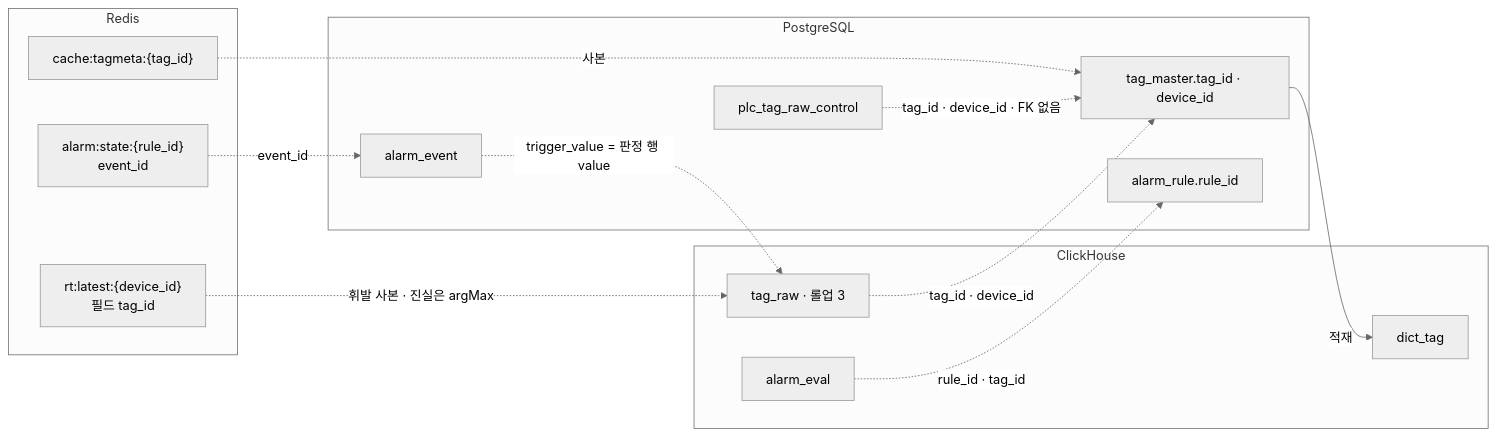
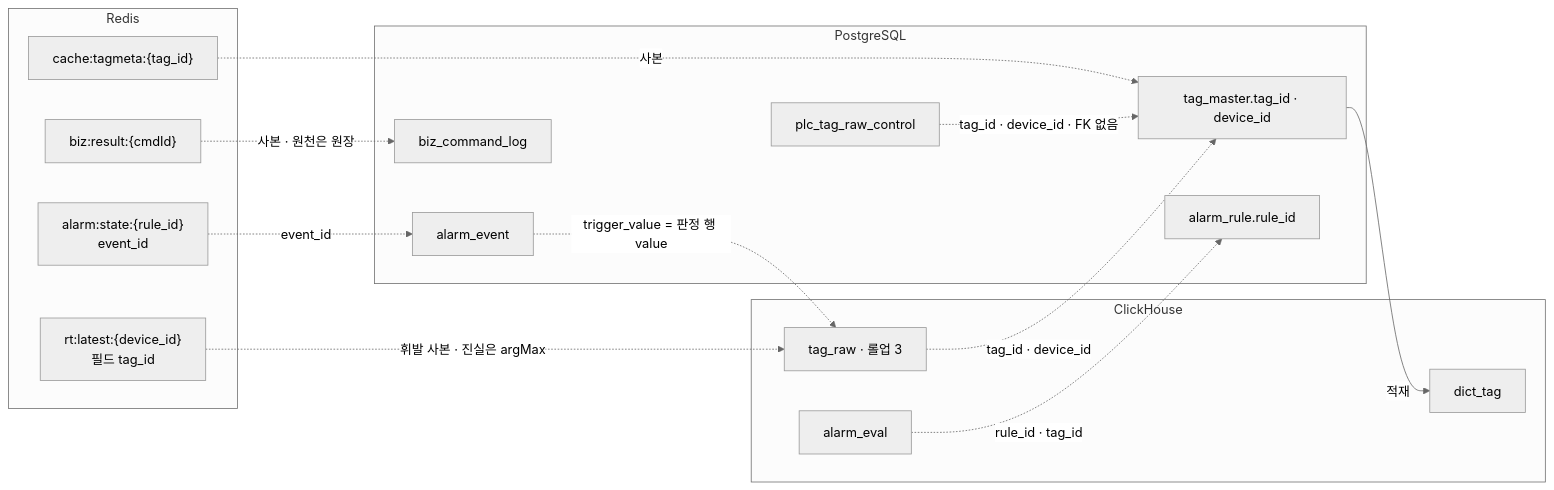
Before and after one commit to jaepil02/db_study: the third of 3 diagrams in docs/05_data_stores/erd.md, drawn with Mermaid (neutral theme). The commit also changed other lines of this file and 62 other files, not shown here.

Commit message:
docs: 업무 쓰기 Redis 경유 + 동기 응답(사용자 결정 2026-09-27) — 명령 스트림 stream:biz:cmd · 단일 소비자 grp:biz-writer(lock:biz:writer) · 멱등 원장 biz_command_log(actor) · 결과 키 · ch:bizreply · 5초 뒤 202 · 명령 조회 표면 · SW-12 BIZ_WRITE_PATH · EXP-46 · ADR-26 · D-04 부분 개정 · 고정 기준 갱신

````diff
--- a/docs/05_data_stores/erd.md
+++ b/docs/05_data_stores/erd.md
@@ -242,28 +255,31 @@
 ```mermaid
 flowchart LR
     subgraph PG["PostgreSQL"]
         TM["tag_master.tag_id · device_id"]
         AR["alarm_rule.rule_id"]
         AEV["alarm_event"]
         CTL["plc_tag_raw_control"]
+        BCL["biz_command_log"]
     end
     subgraph CH["ClickHouse"]
         RAW["tag_raw · 롤업 3"]
         AE["alarm_eval"]
         DICT["dict_tag"]
     end
     subgraph RD["Redis"]
         RTL["rt:latest:{device_id}<br/>필드 tag_id"]
         AST["alarm:state:{rule_id}<br/>event_id"]
         TMC["cache:tagmeta:{tag_id}"]
+        BRS["biz:result:{cmdId}"]
     end
 
     RAW -.->|"tag_id · device_id"| TM
     AE -.->|"rule_id · tag_id"| AR
     CTL -.->|"tag_id · device_id · FK 없음"| TM
     AEV -.->|"trigger_value = 판정 행 value"| RAW
     RTL -.->|"휘발 사본 · 진실은 argMax"| RAW
     AST -.->|"event_id"| AEV
     TMC -.->|"사본"| TM
+    BRS -.->|"사본 · 원천은 원장"| BCL
     TM -->|"적재"| DICT
 ```
````
